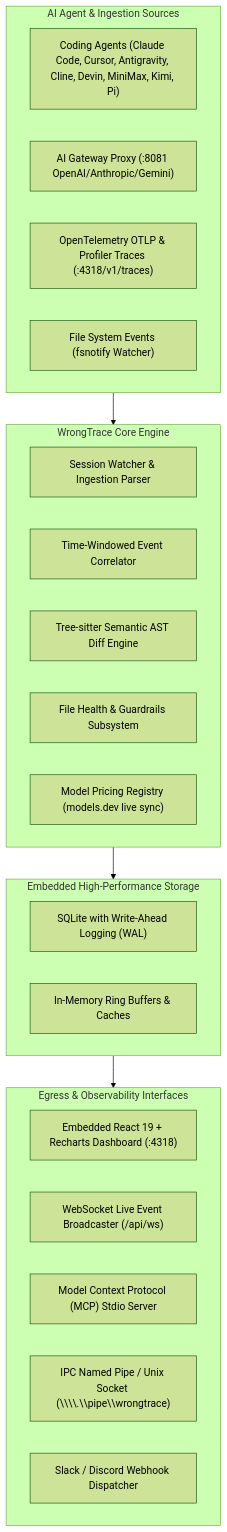
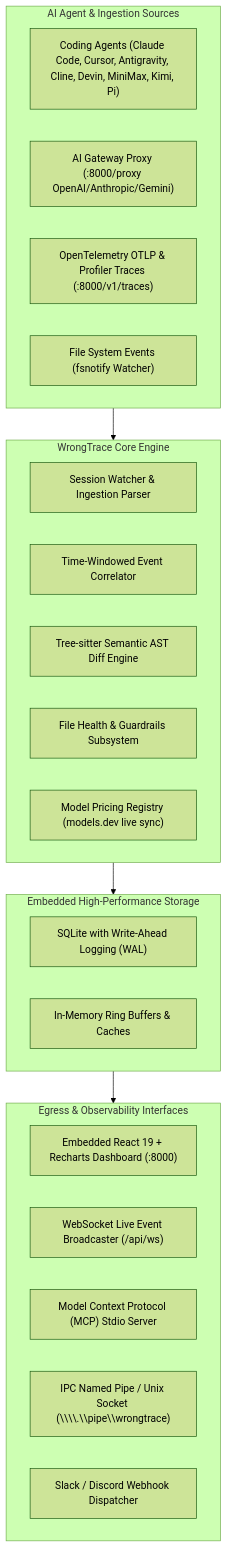
The diagram in docs/architecture.md (WrongStack/WrongTrace), drawn with Mermaid (forest theme) before and after one commit. The commit also changed 16 other files, not shown here.

````diff
--- a/docs/architecture.md
+++ b/docs/architecture.md
@@ -9,34 +9,34 @@
 ```mermaid
 flowchart TD
     subgraph Sources ["AI Agent & Ingestion Sources"]
         A1["Coding Agents (Claude Code, Cursor, Antigravity, Cline, Devin, MiniMax, Kimi, Pi)"]
-        A2["AI Gateway Proxy (:8081 OpenAI/Anthropic/Gemini)"]
-        A3["OpenTelemetry OTLP & Profiler Traces (:4318/v1/traces)"]
+        A2["AI Gateway Proxy (:8000/proxy OpenAI/Anthropic/Gemini)"]
+        A3["OpenTelemetry OTLP & Profiler Traces (:8000/v1/traces)"]
         A4["File System Events (fsnotify Watcher)"]
     end
 
     subgraph CoreEngine ["WrongTrace Core Engine"]
         E1["Session Watcher & Ingestion Parser"]
         E2["Time-Windowed Event Correlator"]
         E3["Tree-sitter Semantic AST Diff Engine"]
         E4["File Health & Guardrails Subsystem"]
         E5["Model Pricing Registry (models.dev live sync)"]
     end
 
     subgraph Storage ["Embedded High-Performance Storage"]
         S1["SQLite with Write-Ahead Logging (WAL)"]
         S2["In-Memory Ring Buffers & Caches"]
     end
 
     subgraph Interfaces ["Egress & Observability Interfaces"]
-        I1["Embedded React 19 + Recharts Dashboard (:4318)"]
+        I1["Embedded React 19 + Recharts Dashboard (:8000)"]
         I2["WebSocket Live Event Broadcaster (/api/ws)"]
         I3["Model Context Protocol (MCP) Stdio Server"]
         I4["IPC Named Pipe / Unix Socket (\\\\.\\pipe\\wrongtrace)"]
         I5["Slack / Discord Webhook Dispatcher"]
     end
 
     Sources --> CoreEngine
     CoreEngine --> Storage
     Storage --> Interfaces
 ```
````
